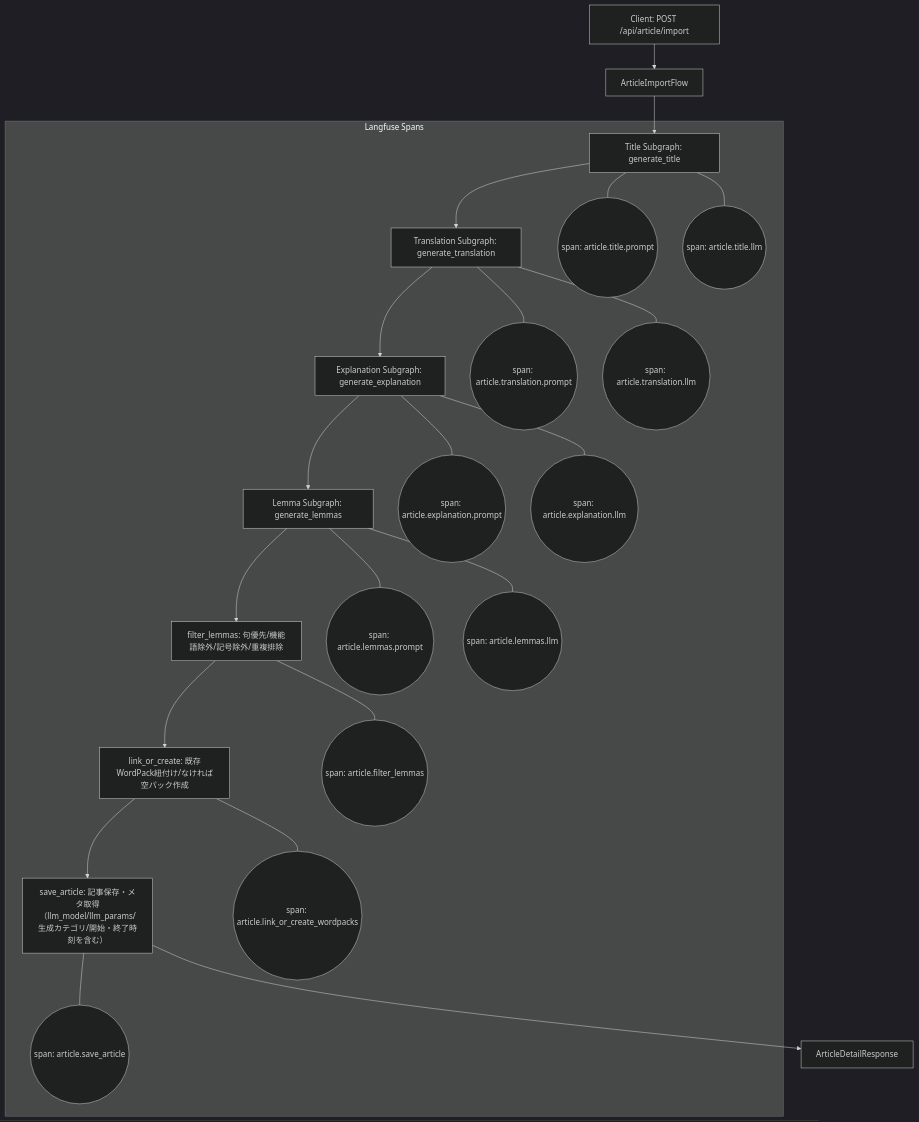
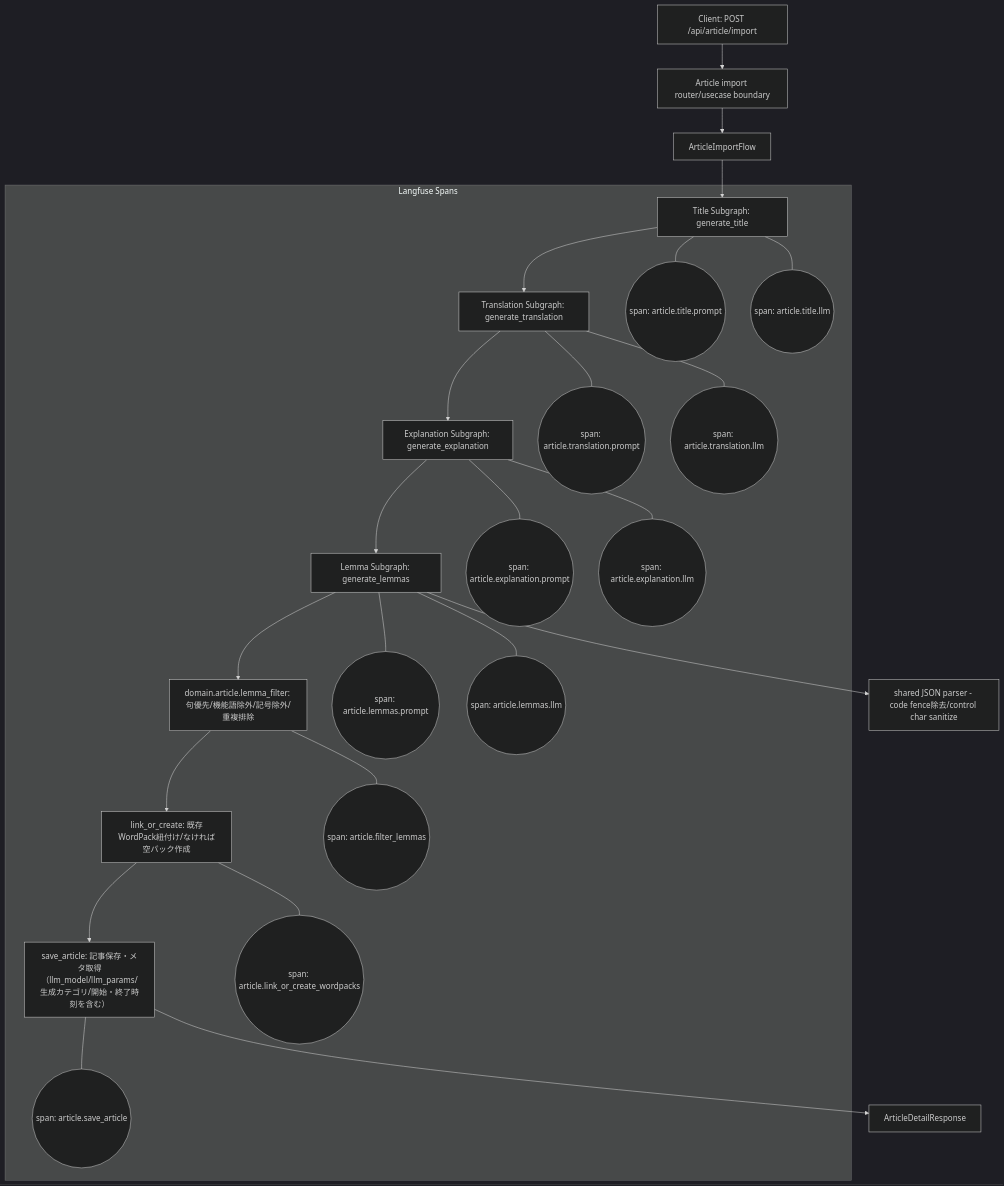
Before and after one commit to RiSEblackbird/wordpack-for-english: the second of 2 diagrams in docs/flows.md, drawn with Mermaid (dark theme). The commit also changed other lines of this file and 81 other files, not shown here.

````diff
--- a/docs/flows.md
+++ b/docs/flows.md
@@ -19,26 +24,28 @@
 ```mermaid
 graph TD
-    A[Client: POST /api/article/import] --> B[ArticleImportFlow];
+    A[Client: POST /api/article/import] --> U[Article import router/usecase boundary];
+    U --> B[ArticleImportFlow];
     B --> T[Title Subgraph: generate_title];
     T --> TR[Translation Subgraph: generate_translation];
     TR --> EX[Explanation Subgraph: generate_explanation];
     EX --> LM[Lemma Subgraph: generate_lemmas];
-    LM --> FL[filter_lemmas: 句優先/機能語除外/記号除外/重複排除];
+    LM --> JP["shared JSON parser - code fence除去/control char sanitize"];
+    LM --> FL["domain.article.lemma_filter: 句優先/機能語除外/記号除外/重複排除"];
     FL --> LC[link_or_create: 既存WordPack紐付け/なければ空パック作成];
     LC --> SA[save_article: 記事保存・メタ取得（llm_model/llm_params/生成カテゴリ/開始・終了時刻を含む）];
     SA --> R[ArticleDetailResponse];
 
     subgraph Langfuse Spans
         T --- T1((span: article.title.prompt))
         T --- T2((span: article.title.llm))
         TR --- TR1((span: article.translation.prompt))
         TR --- TR2((span: article.translation.llm))
         EX --- EX1((span: article.explanation.prompt))
         EX --- EX2((span: article.explanation.llm))
         LM --- LM1((span: article.lemmas.prompt))
         LM --- LM2((span: article.lemmas.llm))
         FL --- FL1((span: article.filter_lemmas))
         LC --- LC1((span: article.link_or_create_wordpacks))
         SA --- SA1((span: article.save_article))
     end
 ```
````
